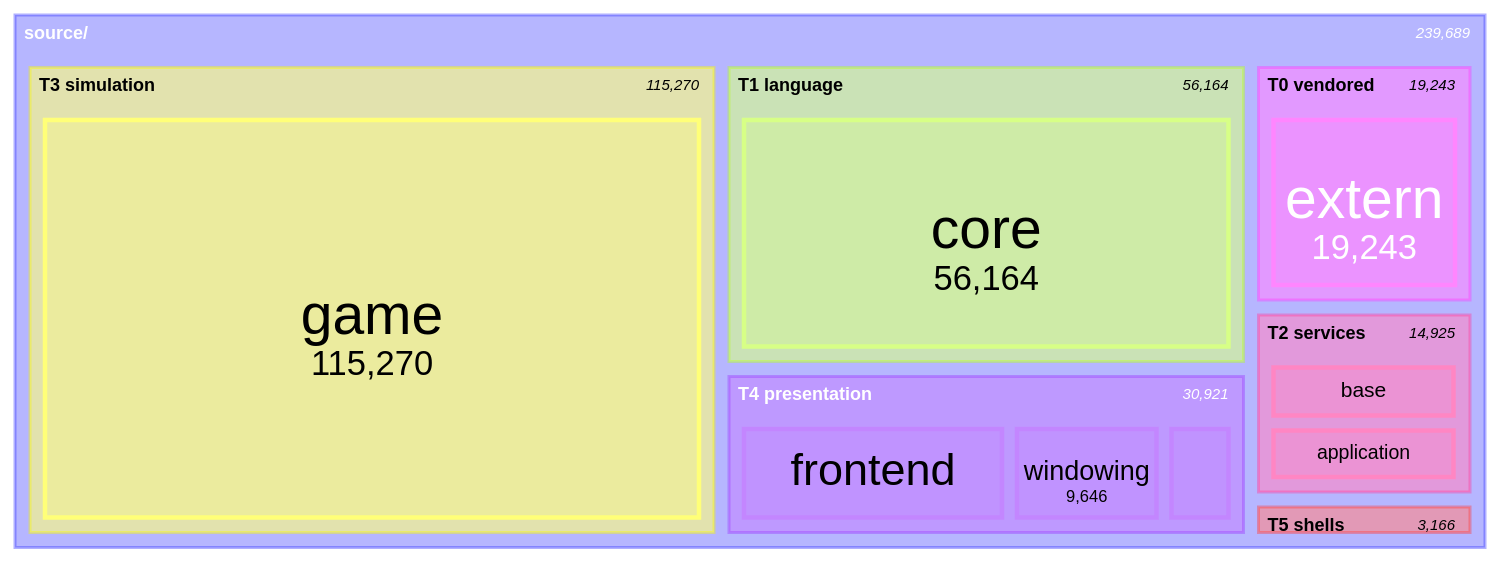
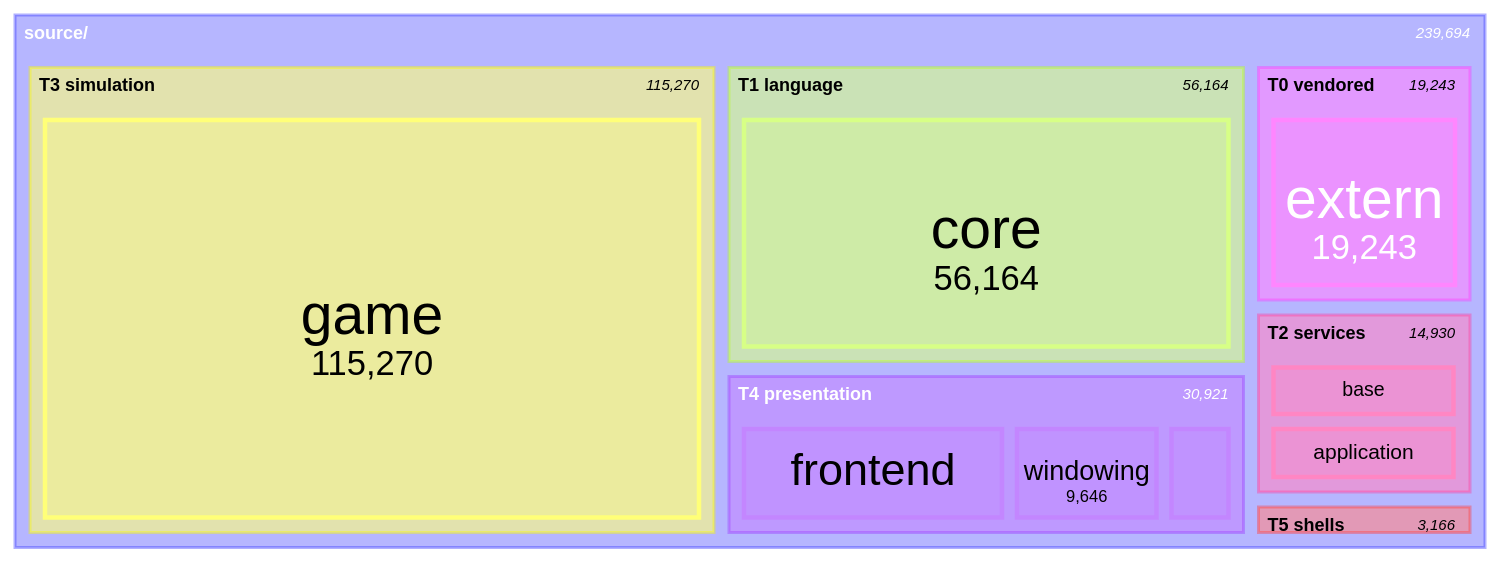
Before and after one commit to apnex/OpenStarbound: the seventh of 11 diagrams in docs/architecture/system-boundaries.md, drawn with Mermaid. The commit also changed other lines of this file and 3 other files, not shown here.

````diff
--- a/docs/architecture/system-boundaries.md
+++ b/docs/architecture/system-boundaries.md
@@ -577,21 +577,21 @@
 ```mermaid
 treemap-beta
 "source/"
     "T0 vendored"
         "extern": 19243
     "T1 language"
         "core": 56164
     "T2 services"
         "base": 7411
-        "application": 7372
+        "application": 7377
         "platform": 142
     "T3 simulation"
         "game": 115270
     "T4 presentation"
         "frontend": 16861
         "windowing": 9646
         "rendering": 4414
     "T5 shells"
         "client": 2383
         "server": 783
 ```
````
